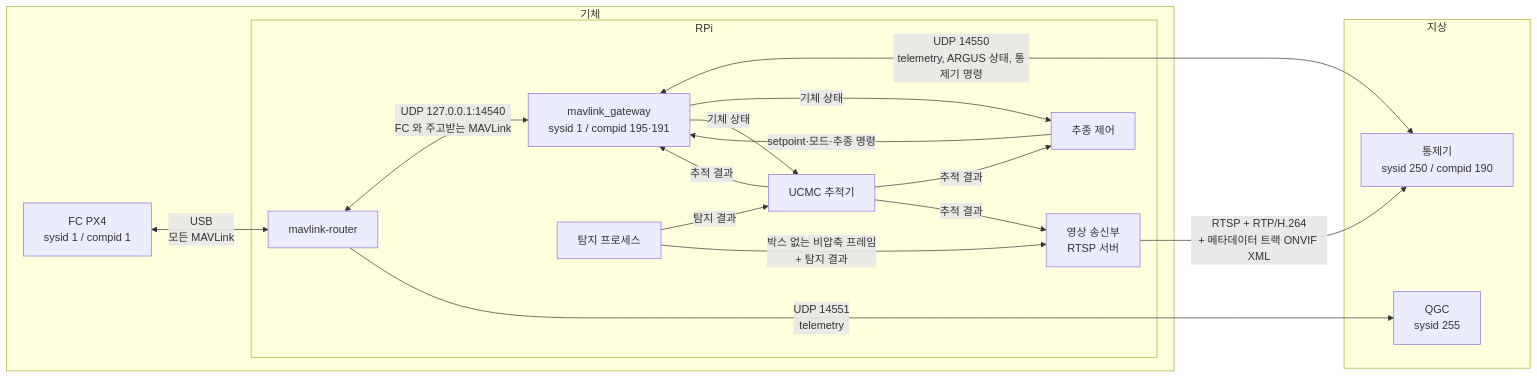
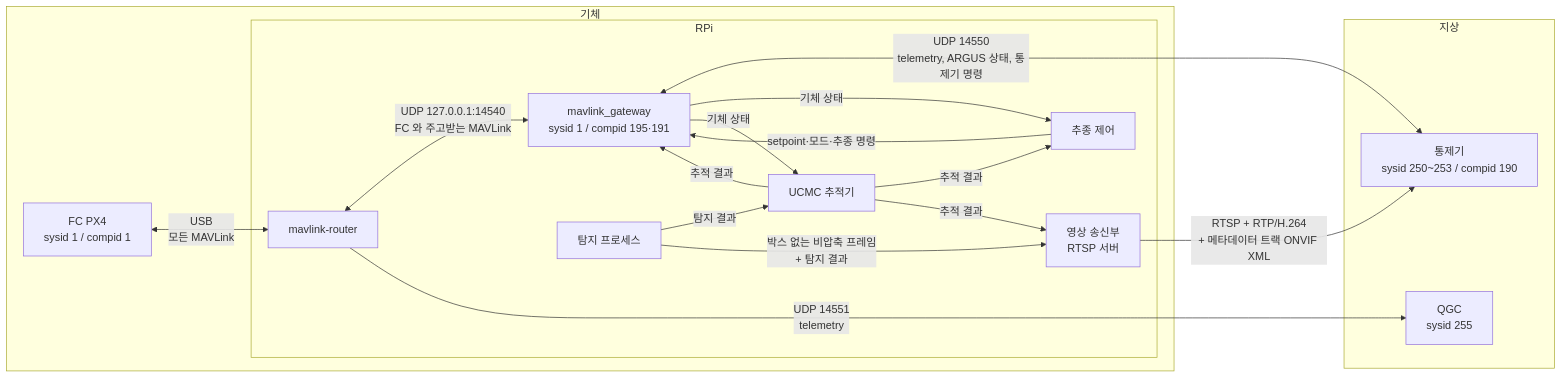
The first of 2 diagrams in docs/spec/icd.md (lig-argus/argus-edge-vision), drawn with Mermaid before and after one commit. The commit also changed other lines of this file and 6 other files, not shown here.

First line of the commit message:
feat(common): 통제기 sysid 를 250~253 으로 넓히고 제어권 주인을 control_sysid 로 알림 (#119)

````diff
--- a/docs/spec/icd.md
+++ b/docs/spec/icd.md
@@ -49,31 +49,31 @@
 ```mermaid
 flowchart LR
     subgraph vehicle [기체]
         FC[FC PX4<br/>sysid 1 / compid 1]
         subgraph rpi [RPi]
             router[mavlink-router]
             mavlink_gateway[mavlink_gateway<br/>sysid 1 / compid 195·191]
             follow[추종 제어]
             tracker[UCMC 추적기]
             vision[탐지 프로세스]
             rtsp[영상 송신부<br/>RTSP 서버]
         end
     end
     subgraph ground [지상]
-        gcs[통제기<br/>sysid 250 / compid 190]
+        gcs[통제기<br/>sysid 250~253 / compid 190]
         qgc[QGC<br/>sysid 255]
     end
     FC <-->|USB<br/>모든 MAVLink| router
     router <-->|UDP 127.0.0.1:14540<br/>FC 와 주고받는 MAVLink| mavlink_gateway
     router -->|UDP 14551<br/>telemetry| qgc
     mavlink_gateway <-->|UDP 14550<br/>telemetry, ARGUS 상태, 통제기 명령| gcs
     mavlink_gateway -->|기체 상태| follow
     follow -->|setpoint·모드·추종 명령| mavlink_gateway
     mavlink_gateway -->|기체 상태| tracker
     tracker -->|추적 결과| mavlink_gateway
     vision -->|탐지 결과| tracker
     tracker -->|추적 결과| follow
     vision -->|박스 없는 비압축 프레임<br/>+ 탐지 결과| rtsp
     tracker -->|추적 결과| rtsp
     rtsp -->|RTSP + RTP/H.264<br/>+ 메타데이터 트랙 ONVIF XML| gcs
 ```
````
